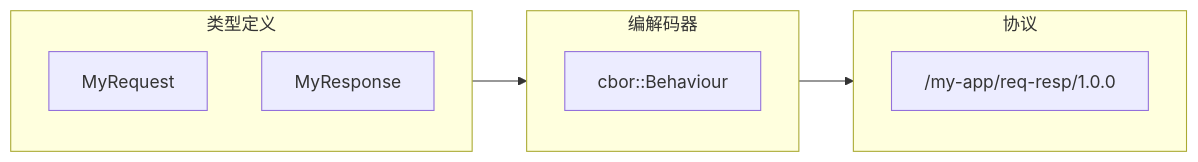
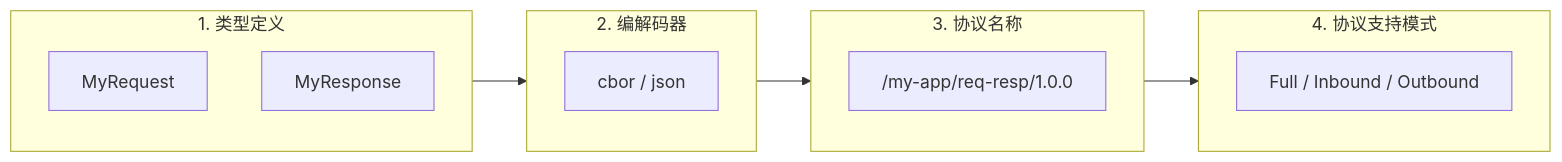
Before and after one commit to yexiyue/SwarmBook: the second of 4 diagrams in docs/src/content/docs/02-protocols/08-request-response.mdx, drawn with Mermaid. The commit also changed other lines of this file and 1 other file, not shown here.

````diff
--- a/docs/src/content/docs/02-protocols/08-request-response.mdx
+++ b/docs/src/content/docs/02-protocols/08-request-response.mdx
@@ -47,17 +43,21 @@
 ```mermaid
 flowchart LR
-    subgraph Types["类型定义"]
+    subgraph Types["1. 类型定义"]
         Req[MyRequest]
         Res[MyResponse]
     end
 
-    subgraph Codec["编解码器"]
-        CBOR[cbor::Behaviour]
+    subgraph Codec["2. 编解码器"]
+        CBOR[cbor / json]
     end
 
-    subgraph Protocol["协议"]
+    subgraph Protocol["3. 协议名称"]
         Name["/my-app/req-resp/1.0.0"]
     end
 
-    Types --> Codec --> Protocol
+    subgraph Support["4. 协议支持模式"]
+        Mode[Full / Inbound / Outbound]
+    end
+
+    Types --> Codec --> Protocol --> Support
 ```
````
